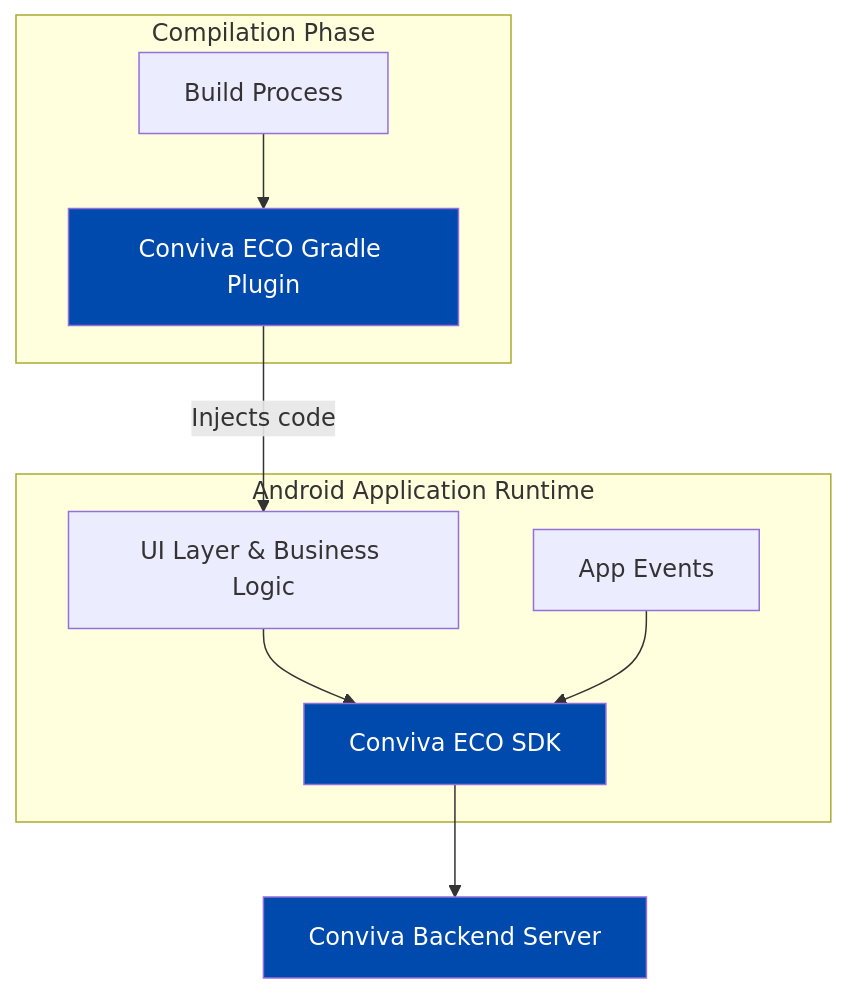
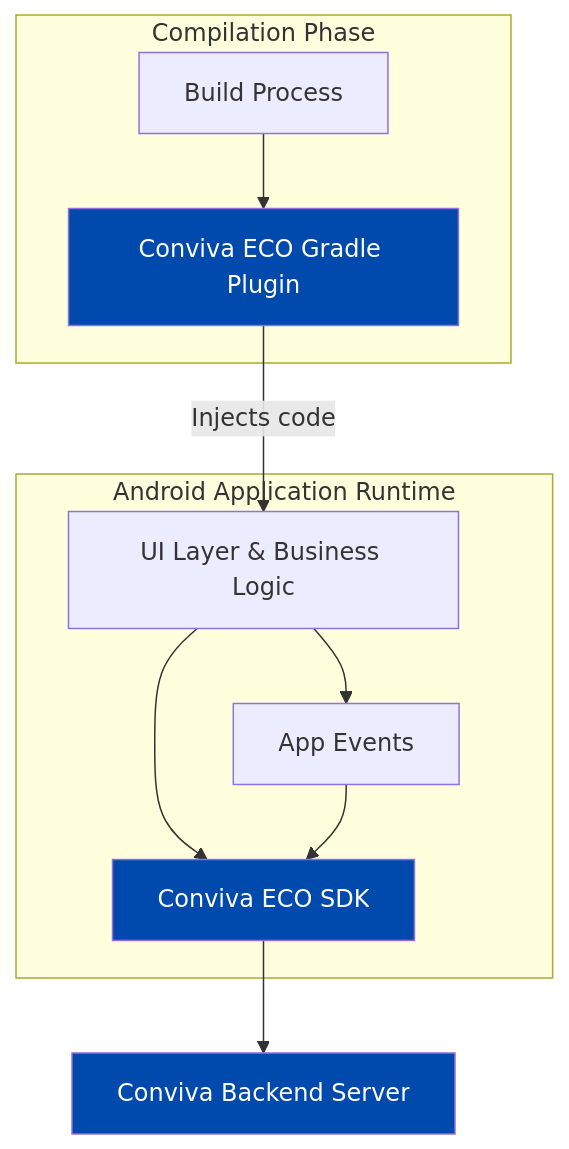
The diagram in README.md (conviva-nsolanki/conviva-android-appanalytics), drawn with Mermaid before and after one commit.

Commit message:
Update README.md
diagram update

````diff
--- a/README.md
+++ b/README.md
@@ -21,22 +21,23 @@
   ```mermaid
 graph TD
     build[Build Process] --> plugin;
     plugin[Conviva ECO Gradle Plugin] -->|Injects code| app;
     app[UI Layer & Business Logic] --> sdk@{ label: "Conviva ECO SDK" };
     events[App Events] --> sdk;
+    app --> events;
     sdk --> backend[Conviva Backend Server];
 
     subgraph "Android Application Runtime"
         app;
         sdk;
         events;
     end
 
     subgraph "Compilation Phase"
         build;
         plugin;
     end
 	style plugin fill:#004AAD,color:#FFFFFF
 	style sdk fill:#004AAD,color:#FFFFFF
 	style backend fill:#004AAD,color:#FFFFFF
   ```
````
